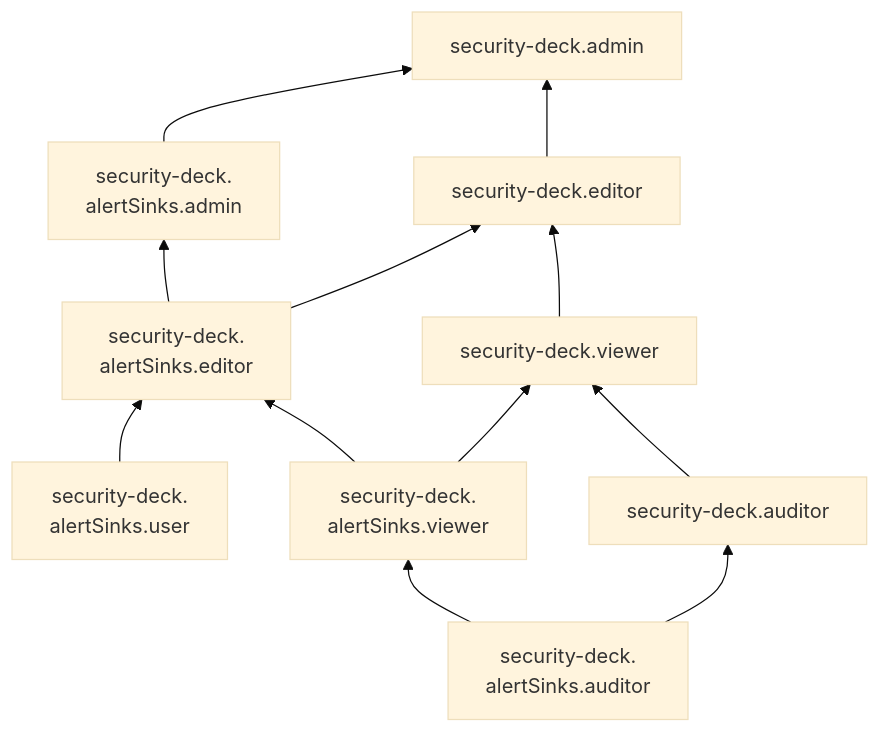
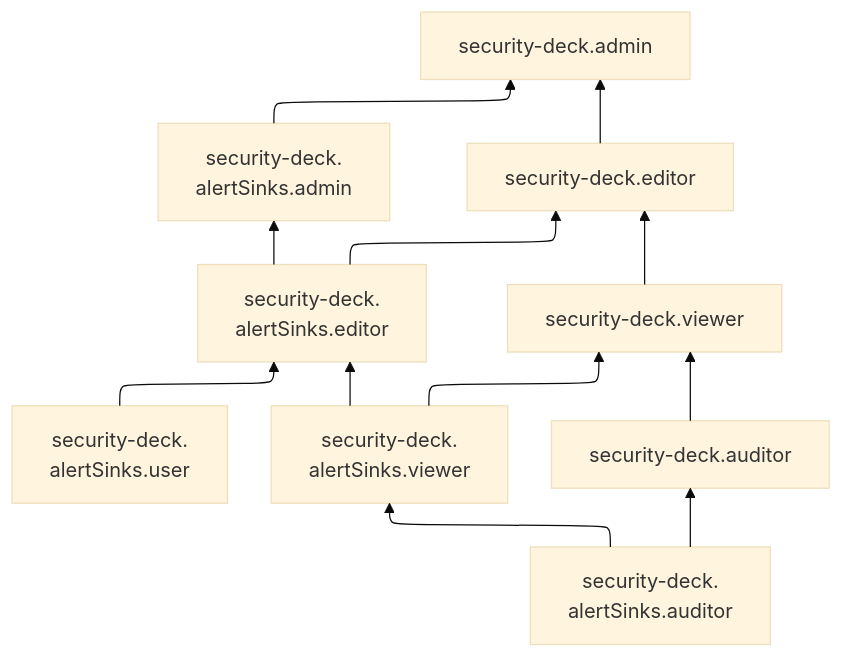
One commit to yandex-cloud/docs changed the diagram in en/_mermaid/roles/security-deck-alerts.md. Above: the diagram before and after it, drawn with Mermaid (base theme). The commit also changed 4354 other files, not shown here.

````diff
--- a/en/_mermaid/roles/security-deck-alerts.md
+++ b/en/_mermaid/roles/security-deck-alerts.md
@@ -1,17 +1,16 @@
 ```mermaid
+%%{init: {"flowchart": {'defaultRenderer': 'elk'}} }%%
 flowchart BT
     security-deck.alertSinks.admin["security-deck.<br>alertSinks.admin"] --> security-deck.admin
     security-deck.alertSinks.editor["security-deck.<br>alertSinks.editor"] --> security-deck.alertSinks.admin["security-deck.<br>alertSinks.admin"]
     security-deck.alertSinks.editor["security-deck.<br>alertSinks.editor"] --> security-deck.editor
     security-deck.alertSinks.user["security-deck.<br>alertSinks.user"] --> security-deck.alertSinks.editor["security-deck.<br>alertSinks.editor"]
     security-deck.alertSinks.viewer["security-deck.<br>alertSinks.viewer"] --> security-deck.alertSinks.editor["security-deck.<br>alertSinks.editor"]
     security-deck.alertSinks.viewer["security-deck.<br>alertSinks.viewer"] --> security-deck.viewer
     security-deck.alertSinks.auditor["security-deck.<br>alertSinks.auditor"] --> security-deck.alertSinks.viewer["security-deck.<br>alertSinks.viewer"]
     security-deck.alertSinks.auditor["security-deck.<br>alertSinks.auditor"] --> security-deck.auditor
 
     security-deck.auditor --> security-deck.viewer
     security-deck.viewer --> security-deck.editor
     security-deck.editor --> security-deck.admin
-
-    security-deck.auditor ~~~ security-deck.admin
 ```
````
